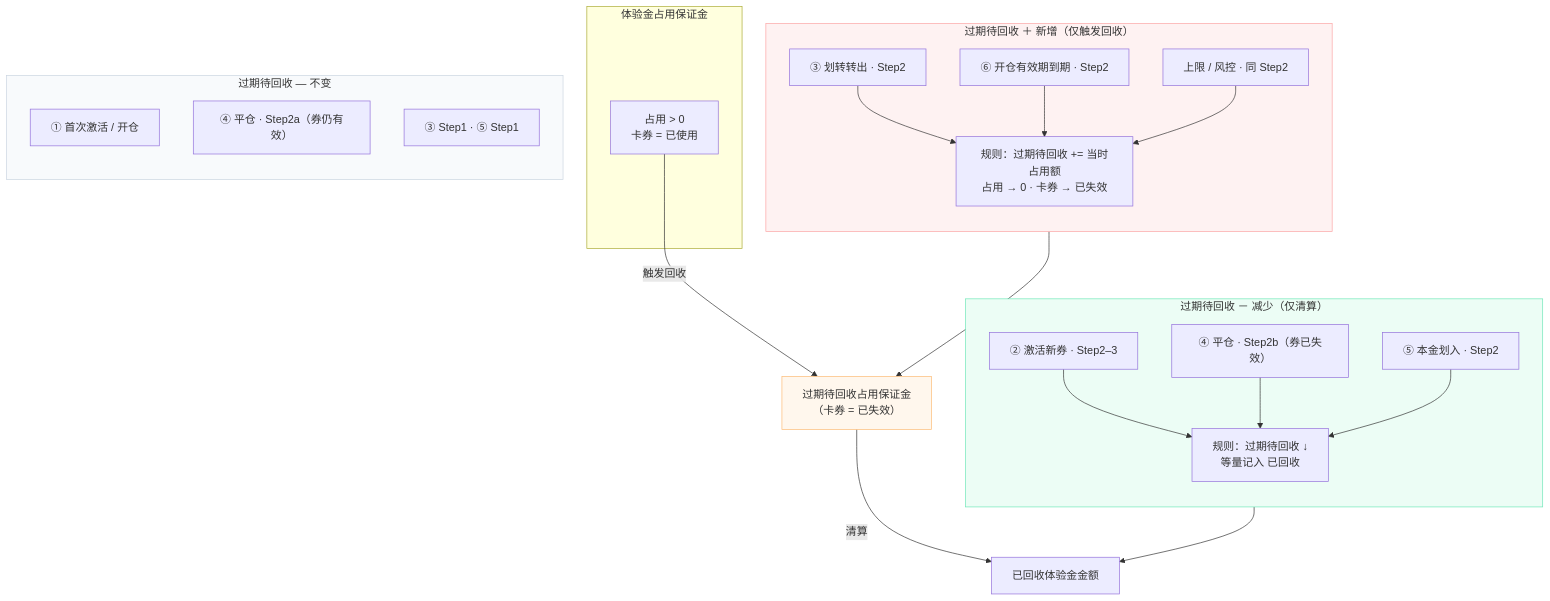
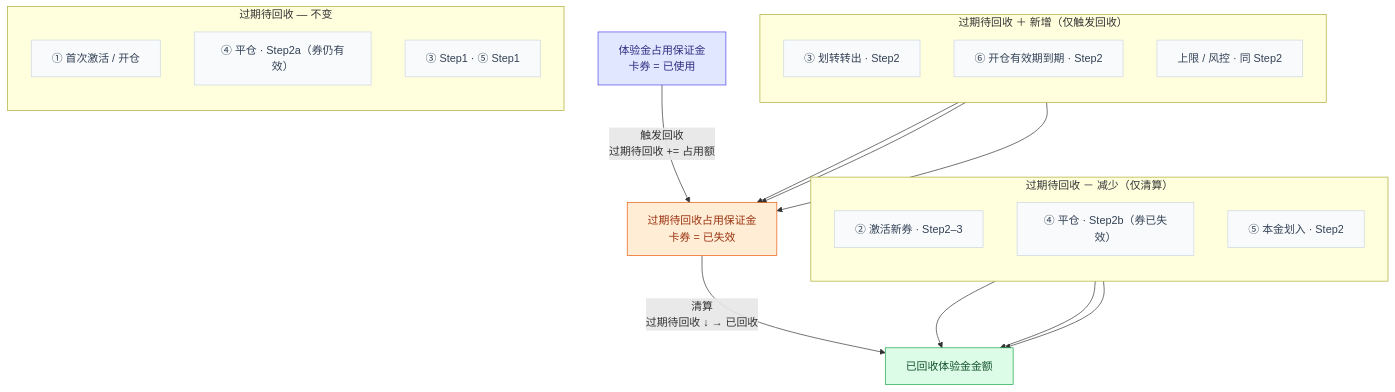
Before and after one commit to DashuaibiZZY/prototype: the diagram in perp_dex/流程图/体验金回收-过期待回收关联.mmd, drawn with Mermaid. The commit also changed 4 other files, not shown here.

```diff
--- a/perp_dex/流程图/体验金回收-过期待回收关联.mmd
+++ b/perp_dex/流程图/体验金回收-过期待回收关联.mmd
@@ -1,48 +1,49 @@
 flowchart TB
-    subgraph 占用侧["体验金占用保证金"]
-        O["占用 > 0<br/>卡券 = 已使用"]
-    end
+    O["体验金占用保证金<br/>卡券 = 已使用"]
 
     subgraph 新增["过期待回收 ＋ 新增（仅触发回收）"]
         direction TB
         P1["③ 划转转出 · Step2"]
         P2["⑥ 开仓有效期到期 · Step2"]
         P3["上限 / 风控 · 同 Step2"]
-        RULE1["规则：过期待回收 += 当时占用额<br/>占用 → 0 · 卡券 → 已失效"]
     end
 
-    PENDING["过期待回收占用保证金<br/>（卡券 = 已失效）"]
+    PENDING["过期待回收占用保证金<br/>卡券 = 已失效"]
 
     subgraph 减少["过期待回收 － 减少（仅清算）"]
         direction TB
         M1["② 激活新券 · Step2–3"]
         M2["④ 平仓 · Step2b（券已失效）"]
         M3["⑤ 本金划入 · Step2"]
-        RULE2["规则：过期待回收 ↓<br/>等量记入 已回收"]
     end
 
     R["已回收体验金金额"]
 
     subgraph 不变["过期待回收 — 不变"]
         direction TB
         N1["① 首次激活 / 开仓"]
         N2["④ 平仓 · Step2a（券仍有效）"]
         N3["③ Step1 · ⑤ Step1"]
     end
 
-    O -->|"触发回收"| PENDING
-    P1 --> RULE1
-    P2 --> RULE1
-    P3 --> RULE1
-    RULE1 --> PENDING
+    O -->|"触发回收<br/>过期待回收 += 占用额"| PENDING
+    P1 --> PENDING
+    P2 --> PENDING
+    P3 --> PENDING
 
-    PENDING -->|"清算"| R
-    M1 --> RULE2
-    M2 --> RULE2
-    M3 --> RULE2
-    RULE2 --> R
+    PENDING -->|"清算<br/>过期待回收 ↓ → 已回收"| R
+    M1 --> R
+    M2 --> R
+    M3 --> R
 
-    style PENDING fill:#fff7ed,stroke:#fdba74
-    style 新增 fill:#fef2f2,stroke:#fca5a5
-    style 减少 fill:#ecfdf5,stroke:#6ee7b7
-    style 不变 fill:#f8fafc,stroke:#cbd5e1
+    classDef cUsed fill:#eff6ff,stroke:#3b82f6,color:#1e40af
+    classDef cInvalid fill:#fff7ed,stroke:#f97316,color:#9a3412
+    classDef dOcc fill:#e0e7ff,stroke:#4f46e5,color:#312e81
+    classDef dPending fill:#ffedd5,stroke:#ea580c,color:#9a3412
+    classDef dReclaimed fill:#dcfce7,stroke:#16a34a,color:#14532d
+    classDef neutral fill:#f8fafc,stroke:#cbd5e1,color:#334155
+
+    class O dOcc
+    class PENDING dPending
+    class R dReclaimed
+    class P1,P2,P3,M1,M2,M3,N1,N2,N3 neutral
```
